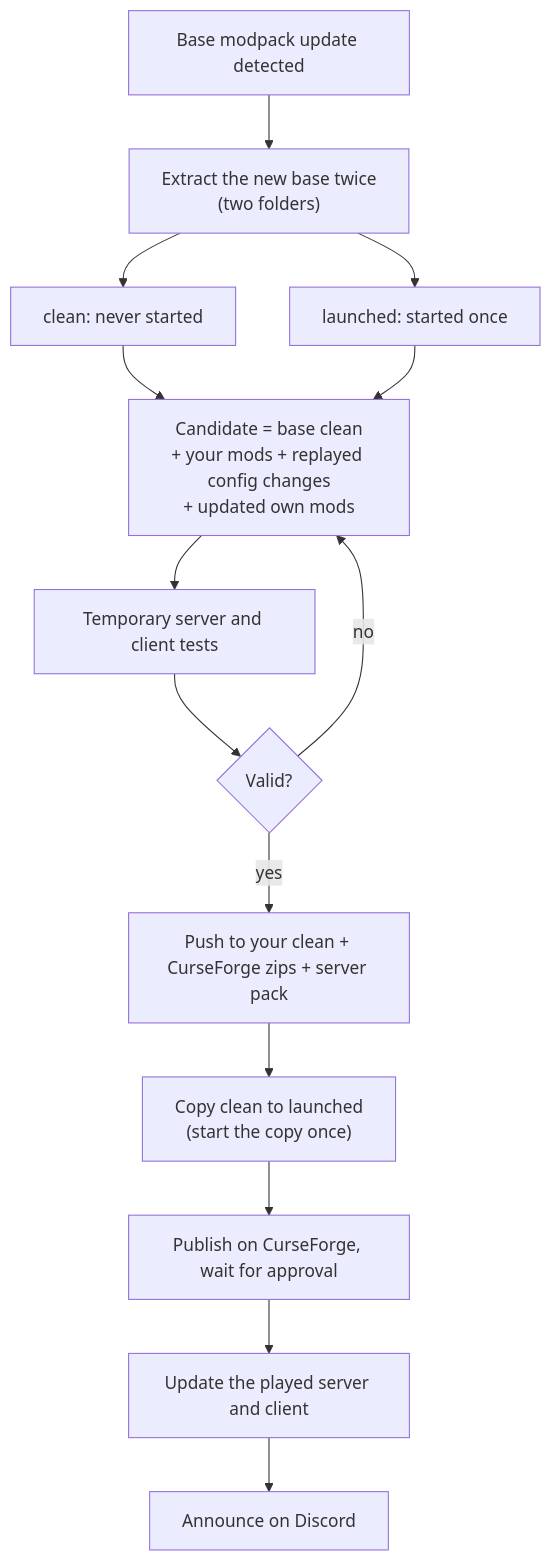
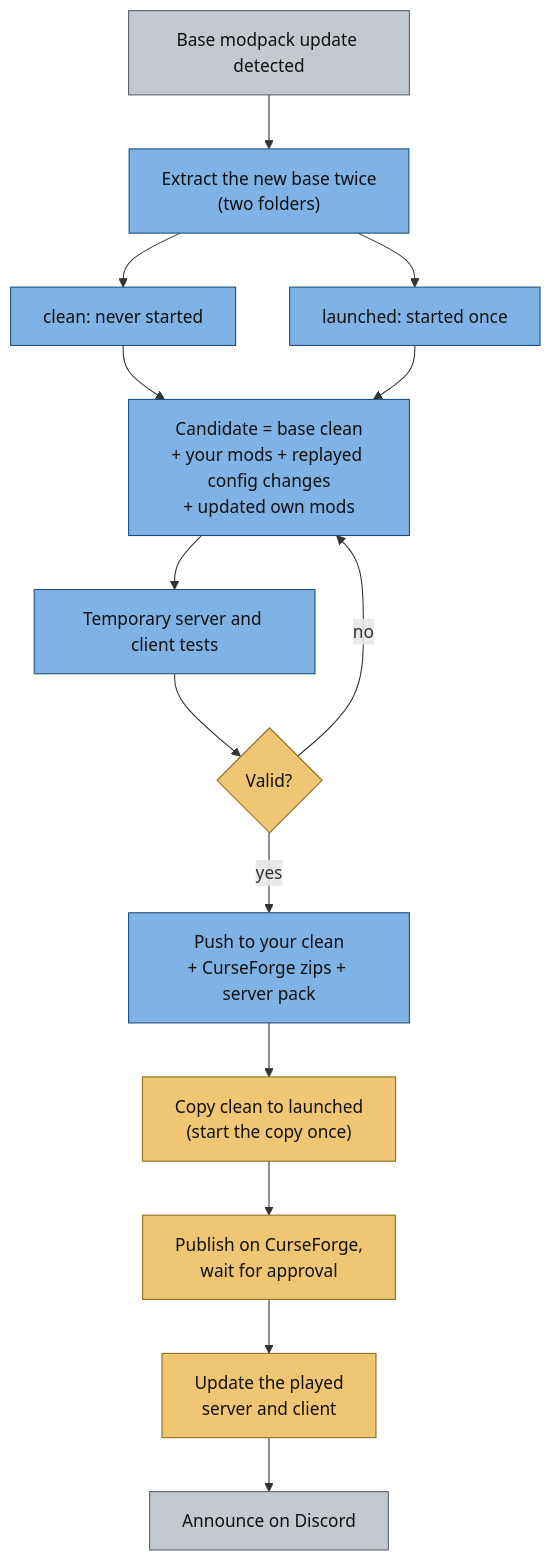
Before and after one commit to YannD-Delta/modpack-studio: the diagram in docs/release-cycle.md, drawn with Mermaid. The commit also changed other lines of this file and 20 other files, not shown here.

First line of the commit message:
docs: README and docs rewritten with diagrams, animated SVGs and verified facts

````diff
--- a/docs/release-cycle.md
+++ b/docs/release-cycle.md
@@ -7,16 +11,22 @@
 ```mermaid
 flowchart TD
   A["Base modpack update detected"] --> B["Extract the new base twice<br/>(two folders)"]
   B --> C["clean: never started"]
   B --> D["launched: started once"]
   C --> E["Candidate = base clean<br/>+ your mods + replayed config changes<br/>+ updated own mods"]
   D --> E
   E --> F["Temporary server and client tests"]
   F --> G{"Valid?"}
   G -- no --> E
-  G -- yes --> H["Push to your clean + CurseForge zips + server pack"]
+  G -- yes --> H["Push to your clean<br/>+ CurseForge zips + server pack"]
   H --> I["Copy clean to launched<br/>(start the copy once)"]
-  I --> J["Publish on CurseForge, wait for approval"]
-  J --> K["Update the played server and client"]
+  I --> J["Publish on CurseForge,<br/>wait for approval"]
+  J --> K["Update the played<br/>server and client"]
   K --> L["Announce on Discord"]
+  classDef done fill:#7fb3e6,stroke:#1f4e79,color:#101010
+  classDef manual fill:#f0c674,stroke:#8a6d1a,color:#101010
+  classDef planned fill:#c4c9d0,stroke:#5a616b,color:#101010
+  class B,C,D,E,F,H done
+  class G,I,J,K manual
+  class A,L planned
 ```
````
